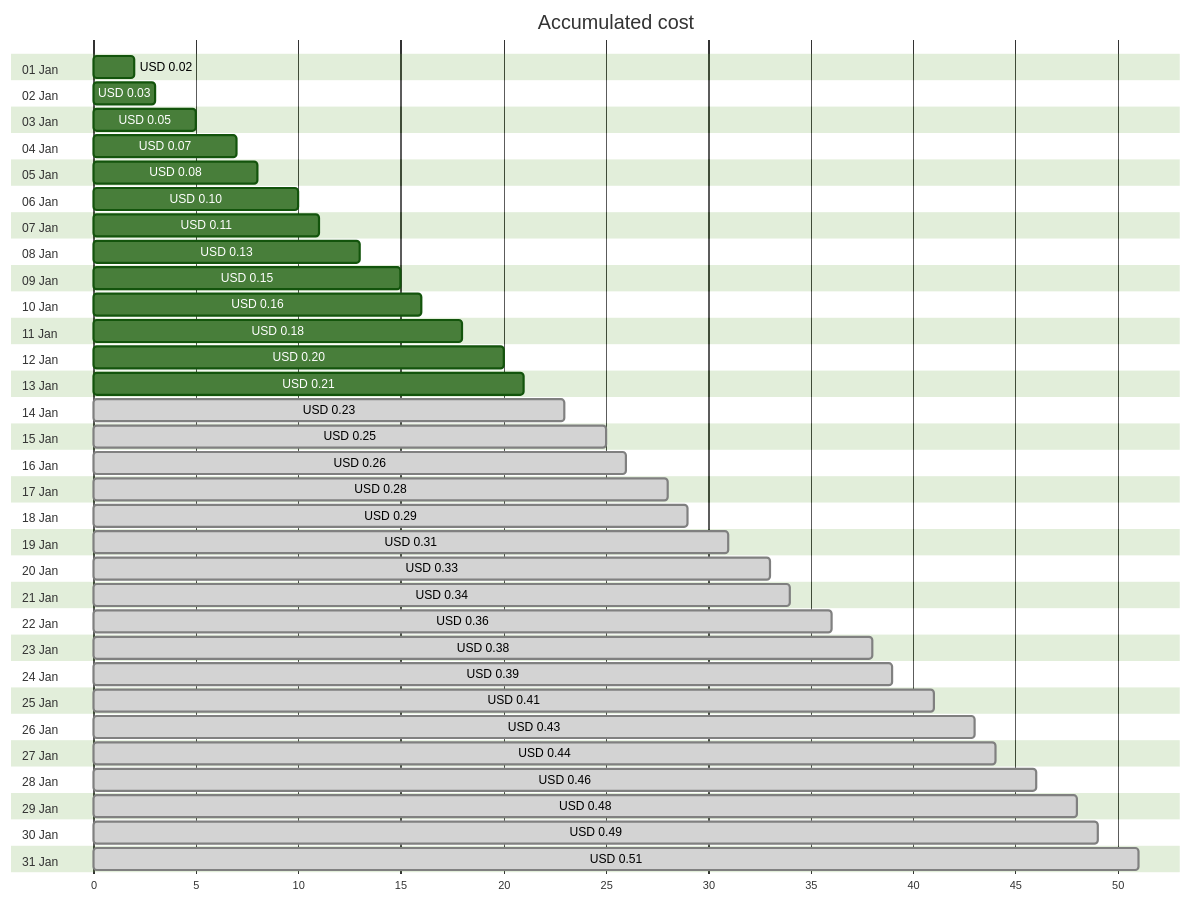
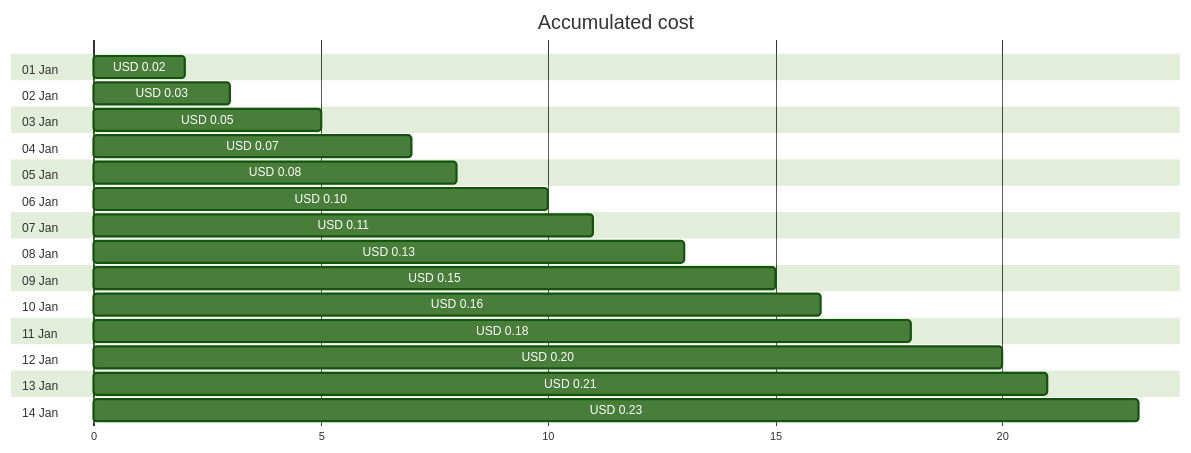
The first of 4 diagrams in cost-reports/personal-dns/jpatrickfulton.com.md (jpfulton/azure-personal-reports), drawn with Mermaid (forest theme) before and after one commit. The commit also changed other lines of this file and 2 other files, not shown here.

Commit message:
Generated reports [skip ci]

````diff
--- a/cost-reports/personal-dns/jpatrickfulton.com.md
+++ b/cost-reports/personal-dns/jpatrickfulton.com.md
@@ -20,68 +20,34 @@
 ```mermaid
 gantt
    title Accumulated cost
    dateFormat  X
    axisFormat %s
    section 01 Jan
    USD 0.02 :0, 2
    section 02 Jan
    USD 0.03 :0, 3
    section 03 Jan
    USD 0.05 :0, 5
    section 04 Jan
    USD 0.07 :0, 7
    section 05 Jan
    USD 0.08 :0, 8
    section 06 Jan
    USD 0.10 :0, 10
    section 07 Jan
    USD 0.11 :0, 11
    section 08 Jan
    USD 0.13 :0, 13
    section 09 Jan
    USD 0.15 :0, 15
    section 10 Jan
    USD 0.16 :0, 16
    section 11 Jan
    USD 0.18 :0, 18
    section 12 Jan
    USD 0.20 :0, 20
    section 13 Jan
    USD 0.21 :0, 21
    section 14 Jan
-   USD 0.23 : done, 0, 23
-   section 15 Jan
-   USD 0.25 : done, 0, 25
-   section 16 Jan
-   USD 0.26 : done, 0, 26
-   section 17 Jan
-   USD 0.28 : done, 0, 28
-   section 18 Jan
-   USD 0.29 : done, 0, 29
-   section 19 Jan
-   USD 0.31 : done, 0, 31
-   section 20 Jan
-   USD 0.33 : done, 0, 33
-   section 21 Jan
-   USD 0.34 : done, 0, 34
-   section 22 Jan
-   USD 0.36 : done, 0, 36
-   section 23 Jan
-   USD 0.38 : done, 0, 38
-   section 24 Jan
-   USD 0.39 : done, 0, 39
-   section 25 Jan
-   USD 0.41 : done, 0, 41
-   section 26 Jan
-   USD 0.43 : done, 0, 43
-   section 27 Jan
-   USD 0.44 : done, 0, 44
-   section 28 Jan
-   USD 0.46 : done, 0, 46
-   section 29 Jan
-   USD 0.48 : done, 0, 48
-   section 30 Jan
-   USD 0.49 : done, 0, 49
-   section 31 Jan
-   USD 0.51 : done, 0, 51
+   USD 0.23 :0, 23
 ```
````
